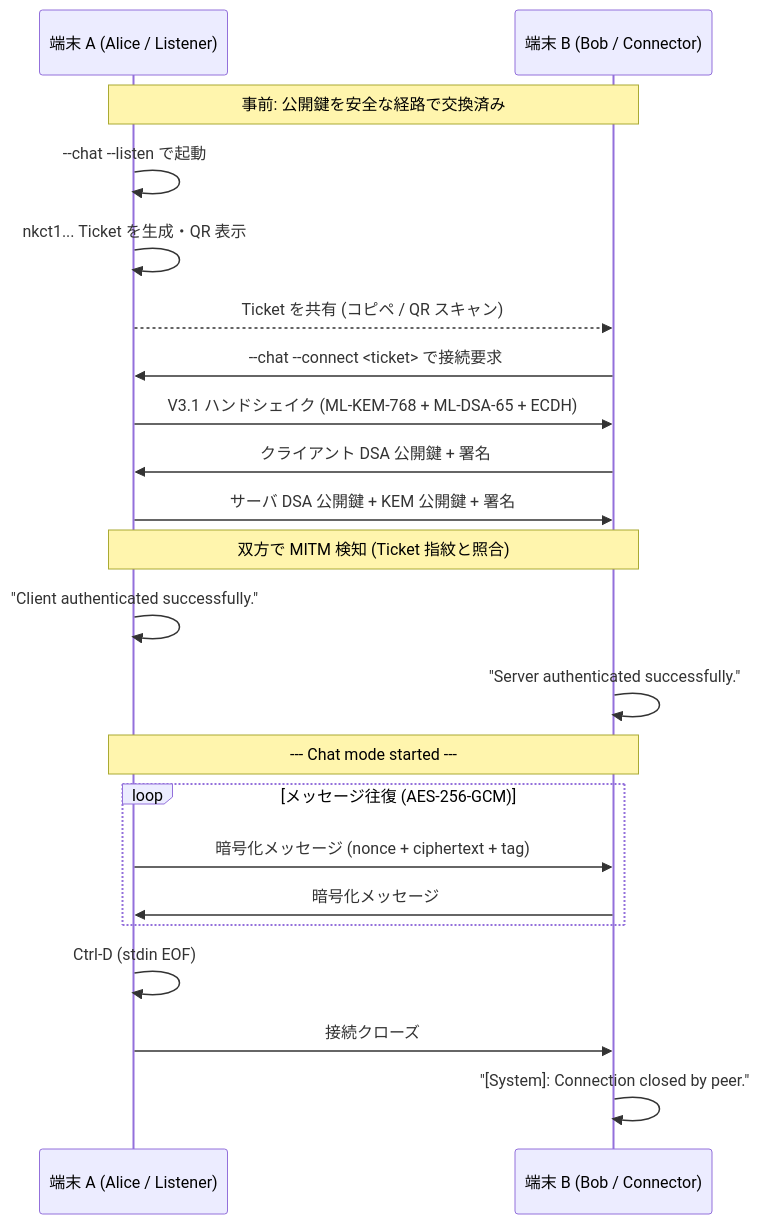
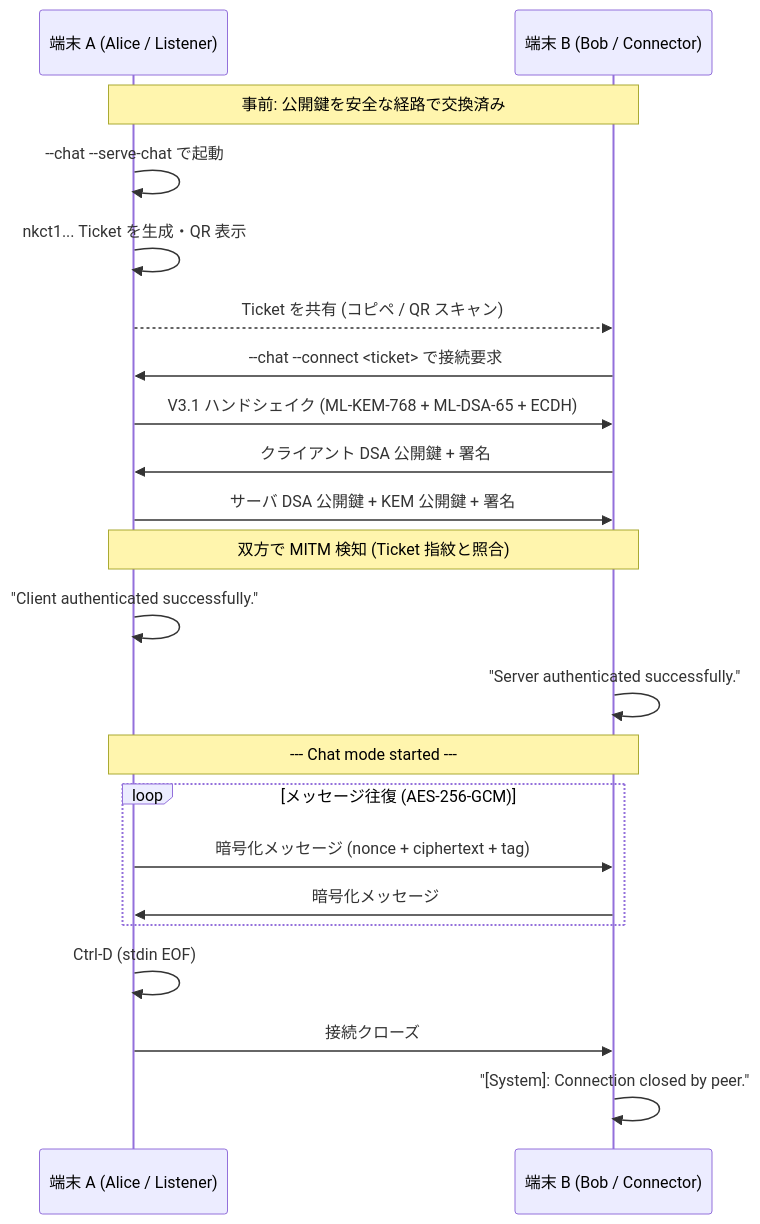
The diagram in CHAT_USAGE_GUIDE.md (nkoriyama/nkCryptoTool-rust), drawn with Mermaid before and after one commit. The commit also changed other lines of this file and 5 other files, not shown here.

First line of the commit message:
refactor(cli): rename --listen to --serve-chat for server-flag vocabulary (#44)

````diff
--- a/CHAT_USAGE_GUIDE.md
+++ b/CHAT_USAGE_GUIDE.md
@@ -259,29 +259,29 @@
 ```mermaid
 sequenceDiagram
     participant A as 端末 A (Alice / Listener)
     participant B as 端末 B (Bob / Connector)
     Note over A,B: 事前: 公開鍵を安全な経路で交換済み
 
-    A->>A: --chat --listen で起動
+    A->>A: --chat --serve-chat で起動
     A->>A: nkct1... Ticket を生成・QR 表示
     A-->>B: Ticket を共有 (コピペ / QR スキャン)
 
     B->>A: --chat --connect <ticket> で接続要求
     A->>B: V3.1 ハンドシェイク (ML-KEM-768 + ML-DSA-65 + ECDH)
     B->>A: クライアント DSA 公開鍵 + 署名
     A->>B: サーバ DSA 公開鍵 + KEM 公開鍵 + 署名
     Note over A,B: 双方で MITM 検知 (Ticket 指紋と照合)
 
     A->>A: "Client authenticated successfully."
     B->>B: "Server authenticated successfully."
     Note over A,B: --- Chat mode started ---
 
     loop メッセージ往復 (AES-256-GCM)
         A->>B: 暗号化メッセージ (nonce + ciphertext + tag)
         B->>A: 暗号化メッセージ
     end
 
     A->>A: Ctrl-D (stdin EOF)
     A->>B: 接続クローズ
     B->>B: "[System]: Connection closed by peer."
 ```
````
